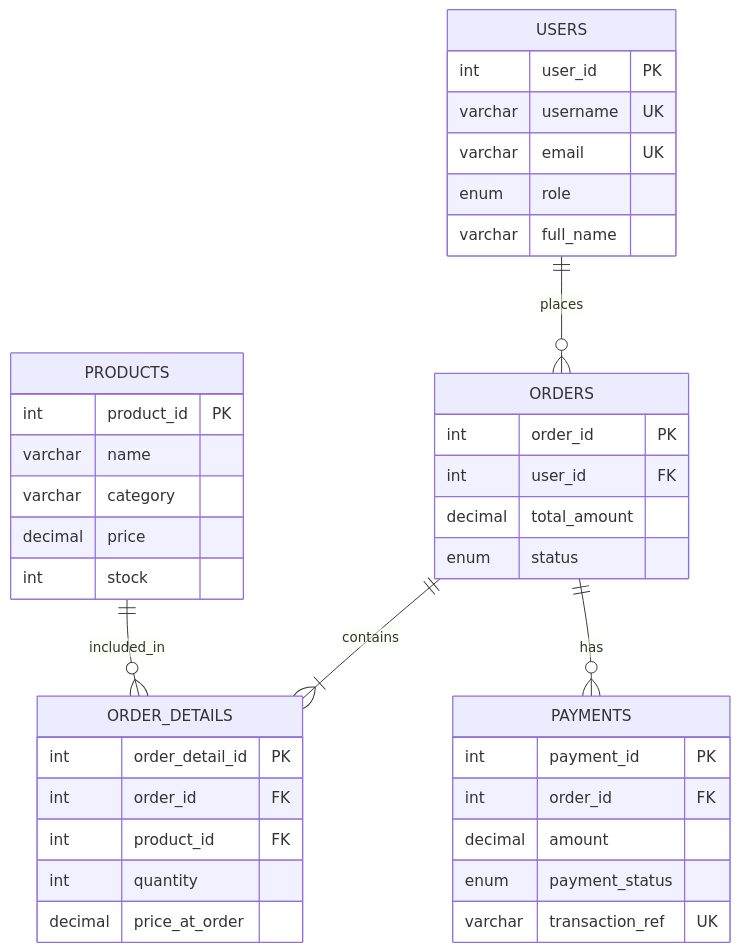
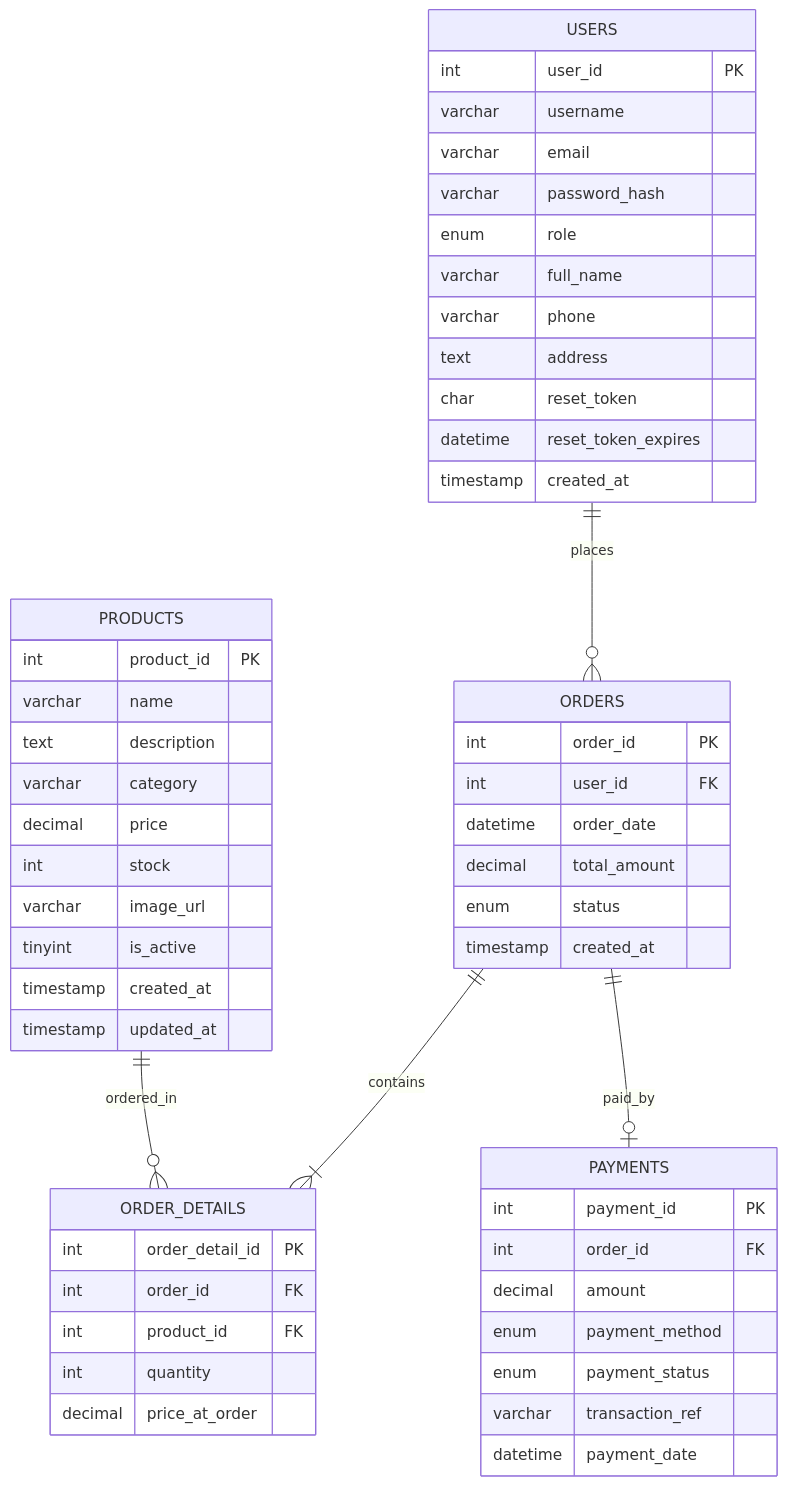
One commit to thochsapon86/probiotic-shop changed the diagram in README.md. Above: the diagram before and after it, drawn with Mermaid.

Commit message:
Change ER Diagram

````diff
--- a/README.md
+++ b/README.md
@@ -156,42 +156,61 @@
 ```mermaid
 erDiagram
-  USERS ||--o{ ORDERS : places
-  ORDERS ||--|{ ORDER_DETAILS : contains
-  PRODUCTS ||--o{ ORDER_DETAILS : included_in
-  ORDERS ||--o{ PAYMENTS : has
+    USERS {
+        int user_id PK
+        varchar username
+        varchar email
+        varchar password_hash
+        enum role
+        varchar full_name
+        varchar phone
+        text address
+        char reset_token
+        datetime reset_token_expires
+        timestamp created_at
+    }
 
-  USERS {
-    int user_id PK
-    varchar username UK
-    varchar email UK
-    enum role
-    varchar full_name
-  }
-  PRODUCTS {
-    int product_id PK
-    varchar name
-    varchar category
-    decimal price
-    int stock
-  }
-  ORDERS {
-    int order_id PK
-    int user_id FK
-    decimal total_amount
-    enum status
-  }
-  ORDER_DETAILS {
-    int order_detail_id PK
-    int order_id FK
-    int product_id FK
-    int quantity
-    decimal price_at_order
-  }
-  PAYMENTS {
-    int payment_id PK
-    int order_id FK
-    decimal amount
-    enum payment_status
-    varchar transaction_ref UK
-  }
+    ORDERS {
+        int order_id PK
+        int user_id FK
+        datetime order_date
+        decimal total_amount
+        enum status
+        timestamp created_at
+    }
+
+    ORDER_DETAILS {
+        int order_detail_id PK
+        int order_id FK
+        int product_id FK
+        int quantity
+        decimal price_at_order
+    }
+
+    PRODUCTS {
+        int product_id PK
+        varchar name
+        text description
+        varchar category
+        decimal price
+        int stock
+        varchar image_url
+        tinyint is_active
+        timestamp created_at
+        timestamp updated_at
+    }
+
+    PAYMENTS {
+        int payment_id PK
+        int order_id FK
+        decimal amount
+        enum payment_method
+        enum payment_status
+        varchar transaction_ref
+        datetime payment_date
+    }
+
+    USERS ||--o{ ORDERS : "places"
+    ORDERS ||--|{ ORDER_DETAILS : "contains"
+    PRODUCTS ||--o{ ORDER_DETAILS : "ordered_in"
+    ORDERS ||--o| PAYMENTS : "paid_by"
 ```
````
